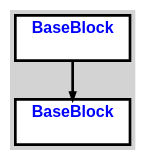
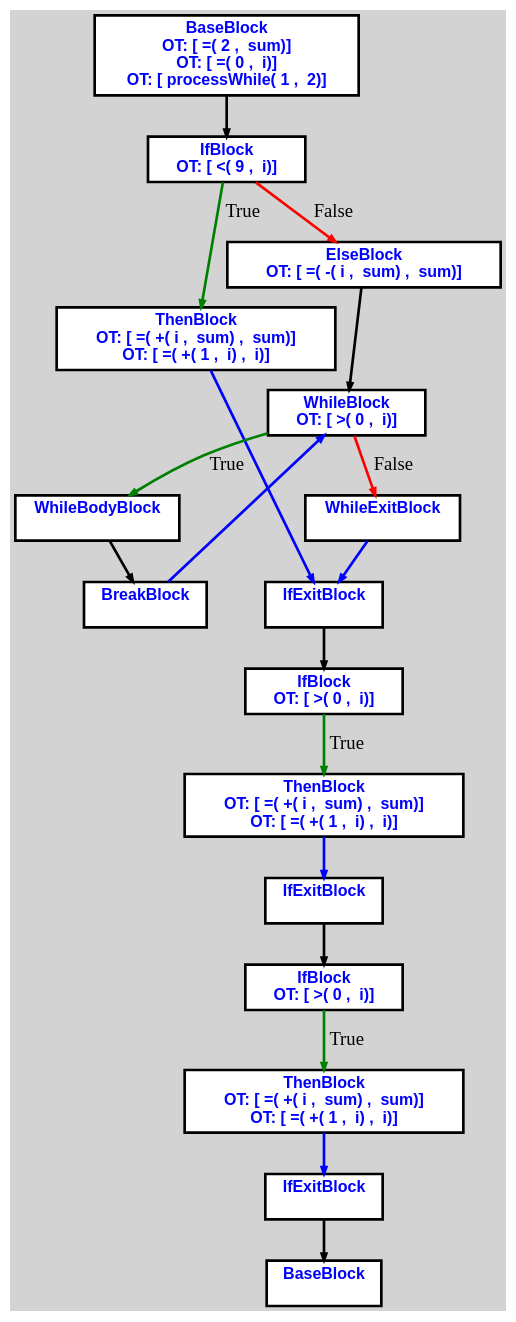
One commit to aveen007/CountingMonkeys changed the diagram in cpoCompilerWin/cfgi1.dot. Above: the diagram before and after it, drawn with Graphviz. The commit also changed 16 other files, not shown here.

```diff
--- a/cpoCompilerWin/cfgi1.dot
+++ b/cpoCompilerWin/cfgi1.dot
@@ -1,10 +1,54 @@
 digraph G {
 ordering=out;
 ranksep=.4;
 bgcolor="lightgrey";  node [shape=box, fixedsize=false, fontsize=12, fontname="Helvetica-bold", fontcolor="blue"
 width=.25, height=.25, color="black", fillcolor="white", style="filled, solid, bold"];
 
-edge [arrowsize=.5, color="black", style="bold"]    n0000120BA4EA50D0 [label="BaseBlock\n "]
-    n0000120BA4EA5110 [label="BaseBlock\n "]
-    n0000120BA4EA50D0 -> n0000120BA4EA5110
+edge [arrowsize=.5, color="black", style="bold"]    n00001252932A3550 [label="BaseBlock\n OT: [ =( 2 ,  sum)]
+OT: [ =( 0 ,  i)]
+OT: [ processWhile( 1 ,  2)]
+"]
+    n00001252932A3650 [label="IfBlock\n OT: [ <( 9 ,  i)]
+"]
+    n00001252932A3550 -> n00001252932A3650
+    n00001252932A3650 -> n00001252932A3690 [label="True" color="green"]
+    n00001252932A3690 [label="ThenBlock\n OT: [ =( +( i ,  sum) ,  sum)]
+OT: [ =( +( 1 ,  i) ,  i)]
+"]
+    n00001252932A3650 -> n00001252932A36D0 [label="False" color="red"]
+    n00001252932A36D0 [label="ElseBlock\n OT: [ =( -( i ,  sum) ,  sum)]
+"]
+    n00001252932A3710 [label="WhileBlock\n OT: [ >( 0 ,  i)]
+"]
+    n00001252932A36D0 -> n00001252932A3710
+	   n00001252932A3710 -> n00001252932A3750 [ label = "True" color="green"]
+    n00001252932A3750 [label="WhileBodyBlock\n "]
+    n00001252932A3790 [label="BreakBlock\n "]
+    n00001252932A3750 -> n00001252932A3790
+    n00001252932A3790 -> n00001252932A3710 [ color="blue"]
+	   n00001252932A3710 -> n00001252932A38D0 [ label = "False" color="red"]
+    n00001252932A38D0 [label="WhileExitBlock\n "]
+    n00001252932A38D0 -> n00001252932A3910 [color="blue"]
+    n00001252932A3690 -> n00001252932A3910 [ color="blue"]
+    n00001252932A3910 [label="IfExitBlock\n "]
+    n00001252932A3950 [label="IfBlock\n OT: [ >( 0 ,  i)]
+"]
+    n00001252932A3910 -> n00001252932A3950
+    n00001252932A3950 -> n00001252932A3990 [label="True" color="green"]
+    n00001252932A3990 [label="ThenBlock\n OT: [ =( +( i ,  sum) ,  sum)]
+OT: [ =( +( 1 ,  i) ,  i)]
+"]
+    n00001252932A3990 -> n00001252932A39D0 [ color="blue"]
+    n00001252932A39D0 [label="IfExitBlock\n "]
+    n00001252932A3A10 [label="IfBlock\n OT: [ >( 0 ,  i)]
+"]
+    n00001252932A39D0 -> n00001252932A3A10
+    n00001252932A3A10 -> n00001252932A3A50 [label="True" color="green"]
+    n00001252932A3A50 [label="ThenBlock\n OT: [ =( +( i ,  sum) ,  sum)]
+OT: [ =( +( 1 ,  i) ,  i)]
+"]
+    n00001252932A3A50 -> n00001252932A3A90 [ color="blue"]
+    n00001252932A3A90 [label="IfExitBlock\n "]
+    n00001252932A3AD0 [label="BaseBlock\n "]
+    n00001252932A3A90 -> n00001252932A3AD0
 }
```
